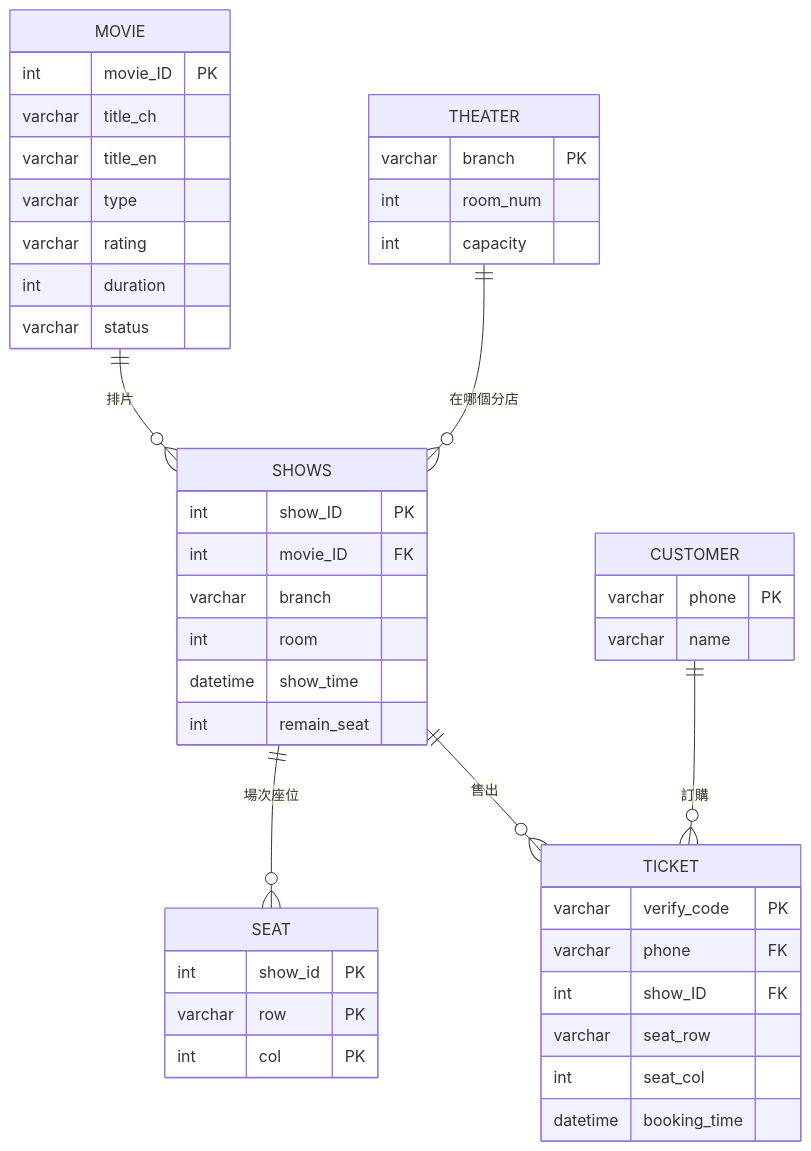
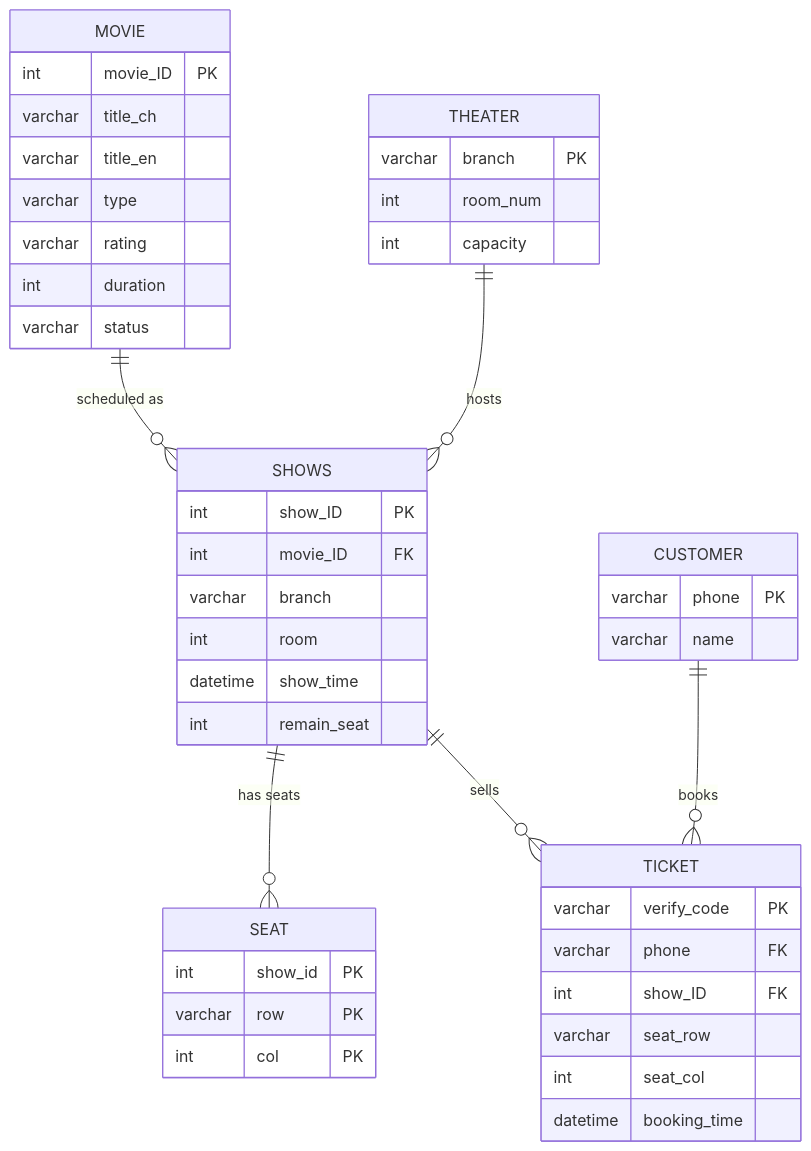
The diagram in README.md (Lianliu0716/db-final-project), drawn with Mermaid before and after one commit. The commit also changed other lines of this file, not shown here.

Commit message:
README: rewrite as portfolio-style English README (features, ER diagram, API, limitations)

````diff
--- a/README.md
+++ b/README.md
@@ -20,48 +29,48 @@
 ```mermaid
 erDiagram
-    MOVIE ||--o{ SHOWS : "排片"
-    THEATER ||--o{ SHOWS : "在哪個分店"
-    SHOWS ||--o{ SEAT : "場次座位"
-    SHOWS ||--o{ TICKET : "售出"
-    CUSTOMER ||--o{ TICKET : "訂購"
+    MOVIE ||--o{ SHOWS : "scheduled as"
+    THEATER ||--o{ SHOWS : "hosts"
+    SHOWS ||--o{ SEAT : "has seats"
+    SHOWS ||--o{ TICKET : "sells"
+    CUSTOMER ||--o{ TICKET : "books"
 
     MOVIE {
         int movie_ID PK
         varchar title_ch
         varchar title_en
         varchar type
         varchar rating
         int duration
         varchar status
     }
     THEATER {
         varchar branch PK
         int room_num
         int capacity
     }
     SHOWS {
         int show_ID PK
         int movie_ID FK
         varchar branch
         int room
         datetime show_time
         int remain_seat
     }
     SEAT {
         int show_id PK
         varchar row PK
         int col PK
     }
     CUSTOMER {
         varchar phone PK
         varchar name
     }
     TICKET {
         varchar verify_code PK
         varchar phone FK
         int show_ID FK
         varchar seat_row
         int seat_col
         datetime booking_time
     }
 ```
````
